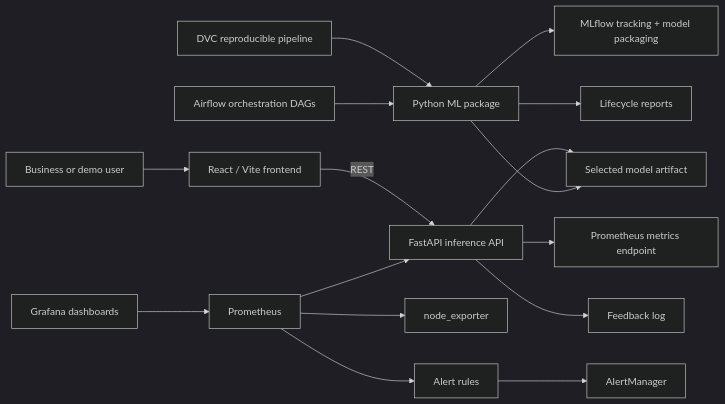
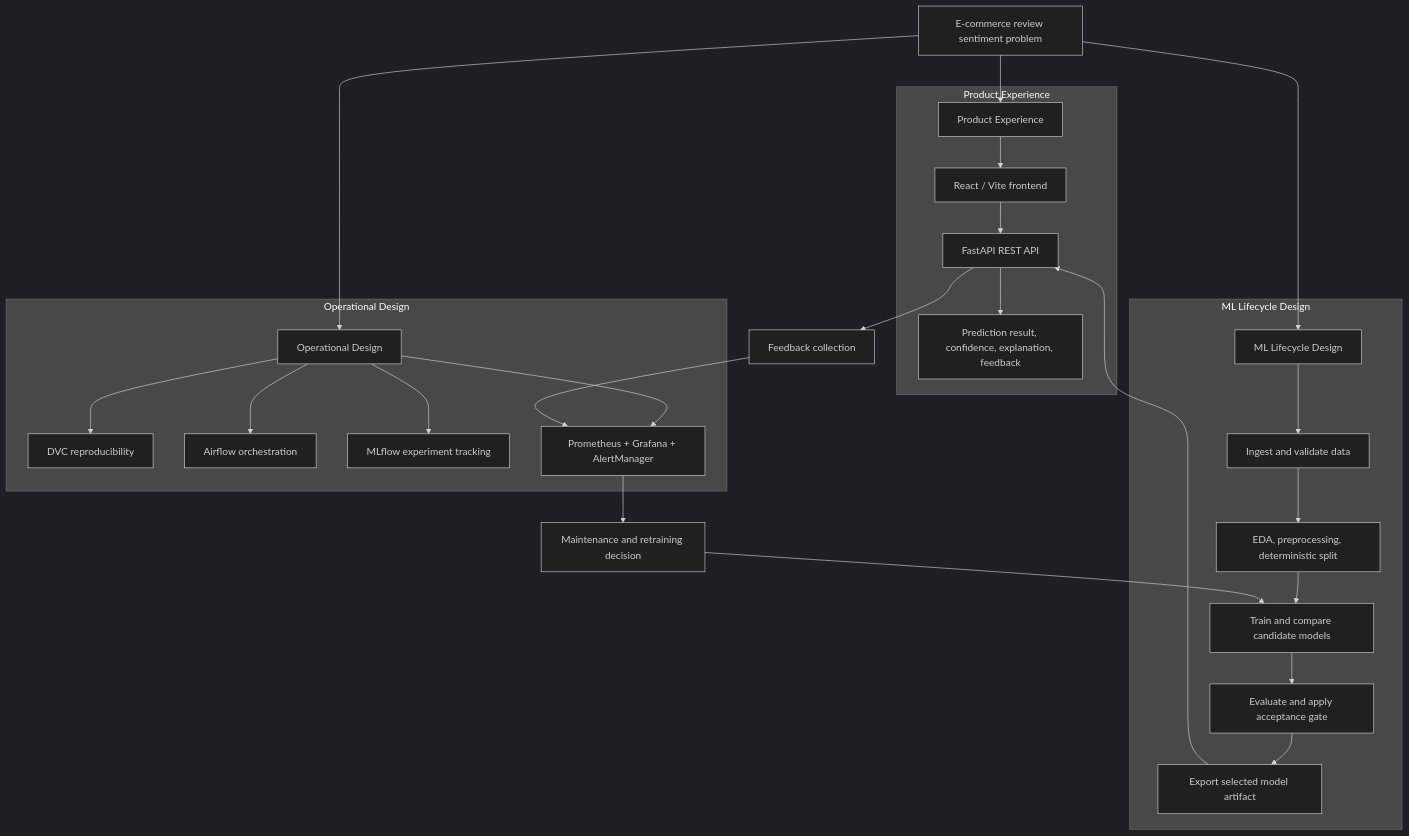
Before and after one commit to AkshayAmbekar26/da5402-final-project: the first of 5 diagrams in docs/hld.md, drawn with Mermaid (dark theme). The commit also changed other lines of this file and 2 other files, not shown here.

````diff
--- a/docs/hld.md
+++ b/docs/hld.md
@@ -71,20 +71,33 @@
 ```mermaid
-flowchart LR
-  User["Business or demo user"] --> FE["React / Vite frontend"]
-  FE -->|"REST"| API["FastAPI inference API"]
-  API --> Model["Selected model artifact"]
-  API --> Feedback["Feedback log"]
-  API --> Metrics["Prometheus metrics endpoint"]
+flowchart TD
+  Problem["E-commerce review sentiment problem"] --> Product["Product Experience"]
+  Problem --> Lifecycle["ML Lifecycle Design"]
+  Problem --> Ops["Operational Design"]
 
-  DVC["DVC reproducible pipeline"] --> MLPkg["Python ML package"]
-  Airflow["Airflow orchestration DAGs"] --> MLPkg
-  MLPkg --> Reports["Lifecycle reports"]
-  MLPkg --> MLflow["MLflow tracking + model packaging"]
-  MLPkg --> Model
+  subgraph ProductLayer["Product Experience"]
+    Product --> FE["React / Vite frontend"]
+    FE --> API["FastAPI REST API"]
+    API --> UX["Prediction result, confidence, explanation, feedback"]
+  end
 
-  Prom["Prometheus"] --> API
-  Prom --> Node["node_exporter"]
-  Grafana["Grafana dashboards"] --> Prom
-  Prom --> AlertRules["Alert rules"]
-  AlertRules --> AM["AlertManager"]
+  subgraph LifecycleLayer["ML Lifecycle Design"]
+    Lifecycle --> Ingest["Ingest and validate data"]
+    Ingest --> Prep["EDA, preprocessing, deterministic split"]
+    Prep --> Train["Train and compare candidate models"]
+    Train --> Gate["Evaluate and apply acceptance gate"]
+    Gate --> Artifact["Export selected model artifact"]
+  end
+
+  subgraph OpsLayer["Operational Design"]
+    Ops --> DVC["DVC reproducibility"]
+    Ops --> Airflow["Airflow orchestration"]
+    Ops --> MLflow["MLflow experiment tracking"]
+    Ops --> Monitor["Prometheus + Grafana + AlertManager"]
+  end
+
+  Artifact --> API
+  API --> FeedbackLoop["Feedback collection"]
+  FeedbackLoop --> Monitor
+  Monitor --> Retrain["Maintenance and retraining decision"]
+  Retrain --> Train
 ```
````
